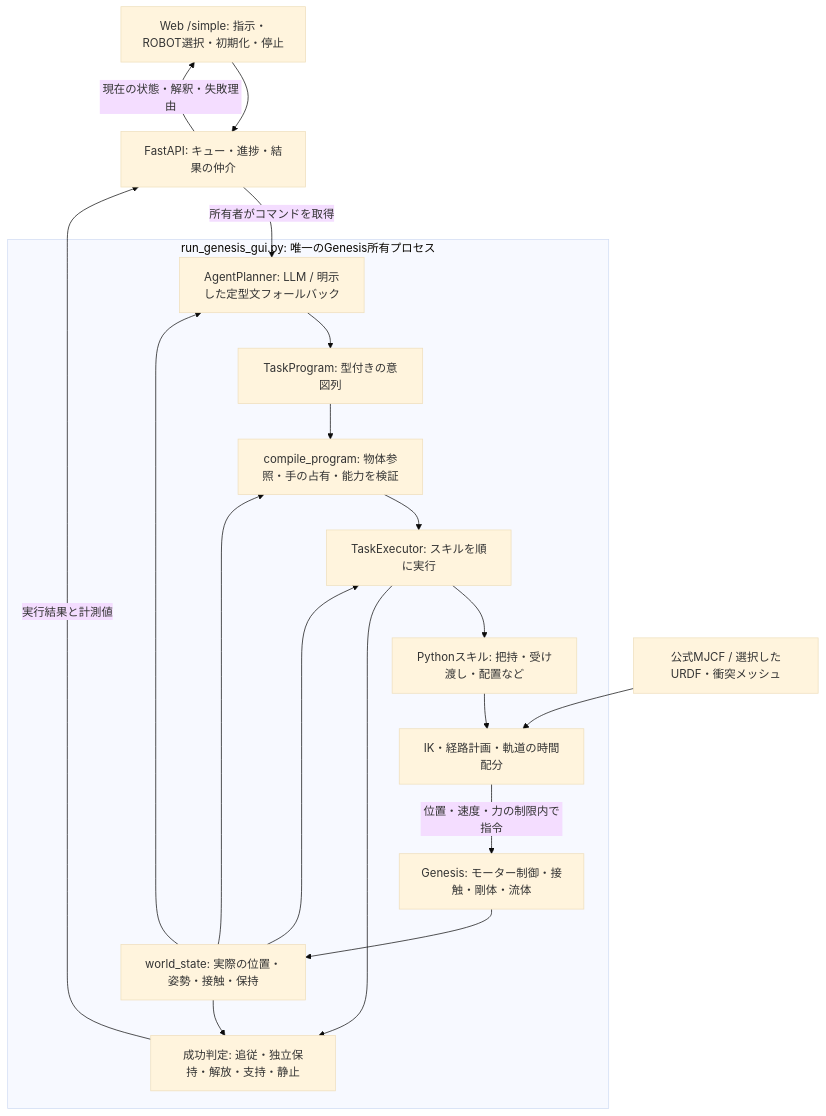
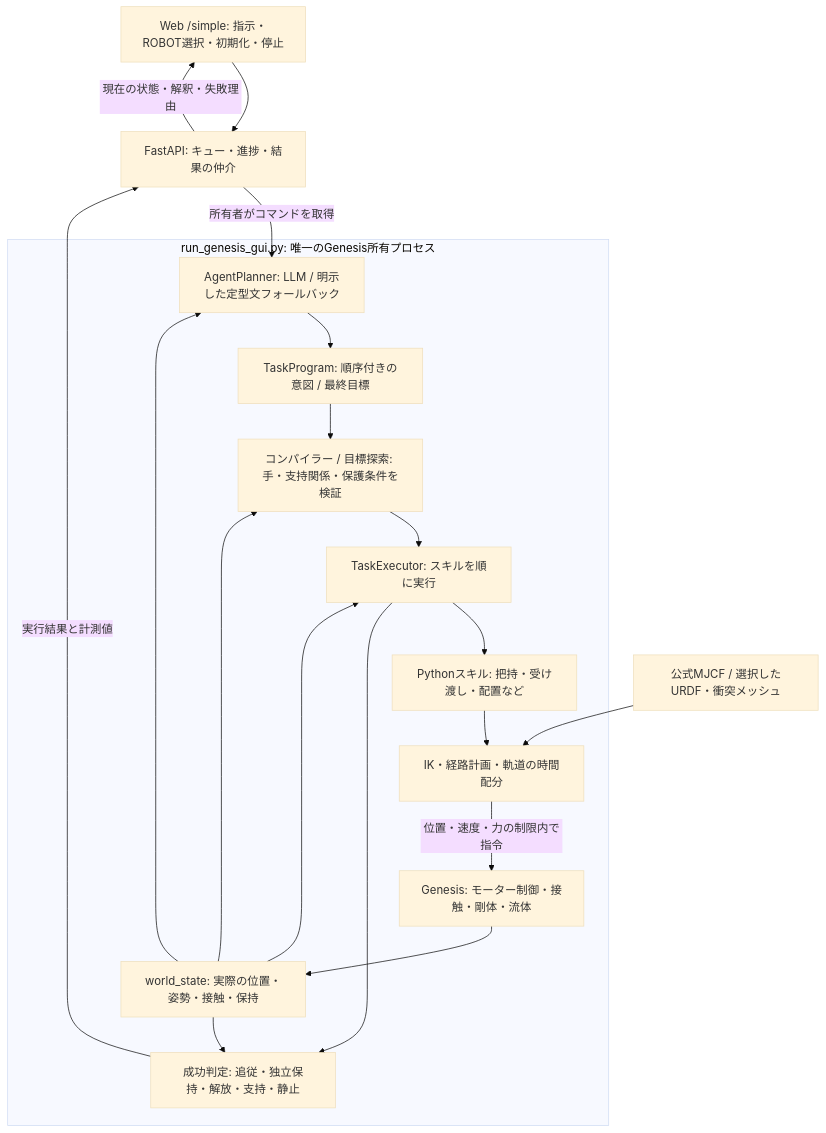
One commit to syun88/Sim-Agent changed the diagram in README.md. Above: the diagram before and after it, drawn with Mermaid (base theme). The commit also changed other lines of this file and 19 other files, not shown here.

````diff
--- a/README.md
+++ b/README.md
@@ -65,29 +65,29 @@
 ```mermaid
 flowchart TD
     UI["Web /simple: 指示・ROBOT選択・初期化・停止"]
     Broker["FastAPI: キュー・進捗・結果の仲介"]
     UI --> Broker
     subgraph Native["run_genesis_gui.py: 唯一のGenesis所有プロセス"]
         Language["AgentPlanner: LLM / 明示した定型文フォールバック"]
-        Program["TaskProgram: 型付きの意図列"]
-        Compiler["compile_program: 物体参照・手の占有・能力を検証"]
+        Program["TaskProgram: 順序付きの意図 / 最終目標"]
+        Compiler["コンパイラー / 目標探索: 手・支持関係・保護条件を検証"]
         Executor["TaskExecutor: スキルを順に実行"]
         Skills["Pythonスキル: 把持・受け渡し・配置など"]
         Motion["IK・経路計画・軌道の時間配分"]
         Genesis["Genesis: モーター制御・接触・剛体・流体"]
         Observe["world_state: 実際の位置・姿勢・接触・保持"]
         Verify["成功判定: 追従・独立保持・解放・支持・静止"]
         Language --> Program --> Compiler --> Executor --> Skills --> Motion
         Motion -->|"位置・速度・力の制限内で指令"| Genesis
         Genesis --> Observe
         Observe --> Language
         Observe --> Compiler
         Observe --> Executor
         Observe --> Verify
         Executor --> Verify
     end
     Broker -->|"所有者がコマンドを取得"| Language
     Verify -->|"実行結果と計測値"| Broker
     Broker -->|"現在の状態・解釈・失敗理由"| UI
     Model["公式MJCF / 選択したURDF・衝突メッシュ"] --> Motion
 ```
````
